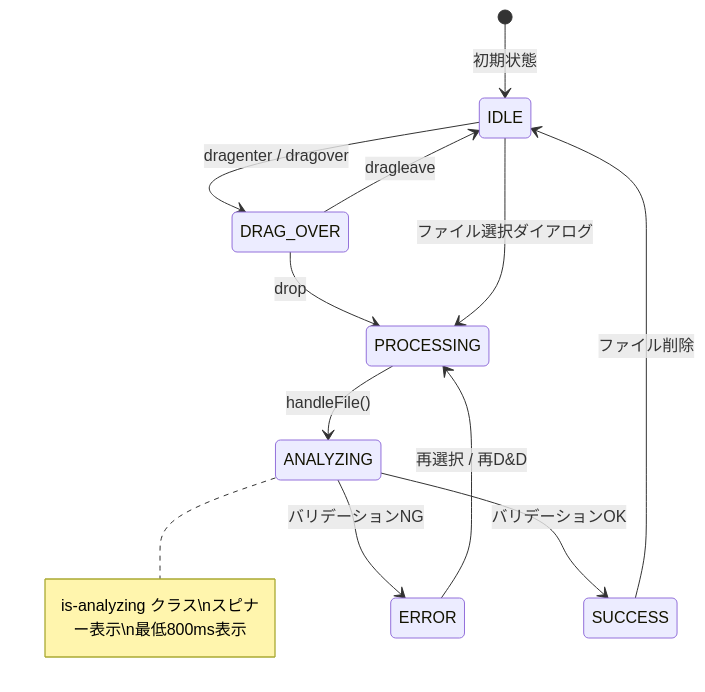
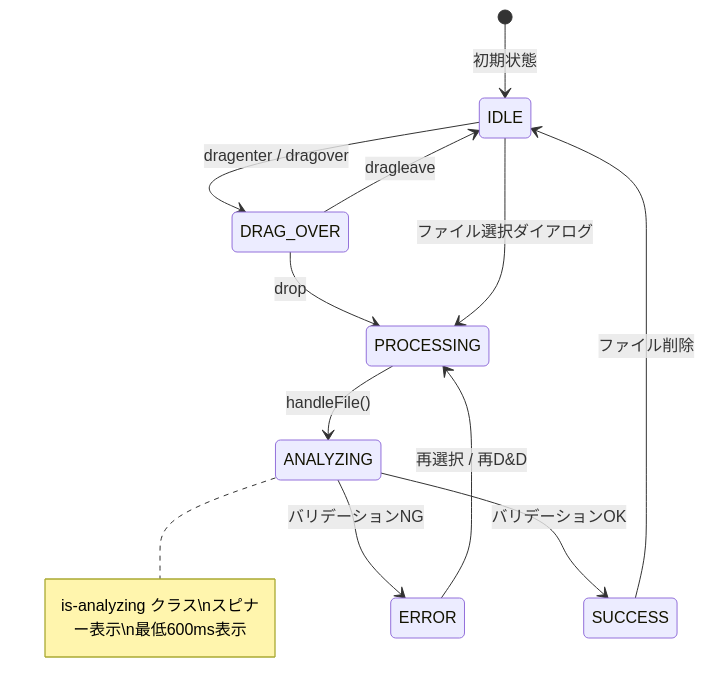
Before and after one commit to USEN-PAY-Products/connect-wholesale-gas-poc: the seventh of 7 diagrams in docs/specifications/02_csv_upload_page.md, drawn with Mermaid. The commit also changed other lines of this file and 13 other files, not shown here.

````diff
--- a/docs/specifications/02_csv_upload_page.md
+++ b/docs/specifications/02_csv_upload_page.md
@@ -341,19 +369,19 @@
 ```mermaid
 stateDiagram-v2
     [*] --> IDLE: 初期状態
 
     IDLE --> DRAG_OVER: dragenter / dragover
     DRAG_OVER --> IDLE: dragleave
     DRAG_OVER --> PROCESSING: drop
 
     IDLE --> PROCESSING: ファイル選択ダイアログ
 
     PROCESSING --> ANALYZING: handleFile()
-    Note right of ANALYZING: is-analyzing クラス\nスピナー表示\n最低800ms表示
+    Note right of ANALYZING: is-analyzing クラス\nスピナー表示\n最低600ms表示
 
     ANALYZING --> ERROR: バリデーションNG
     ANALYZING --> SUCCESS: バリデーションOK
 
     ERROR --> PROCESSING: 再選択 / 再D&D
     SUCCESS --> IDLE: ファイル削除
 ```
````
